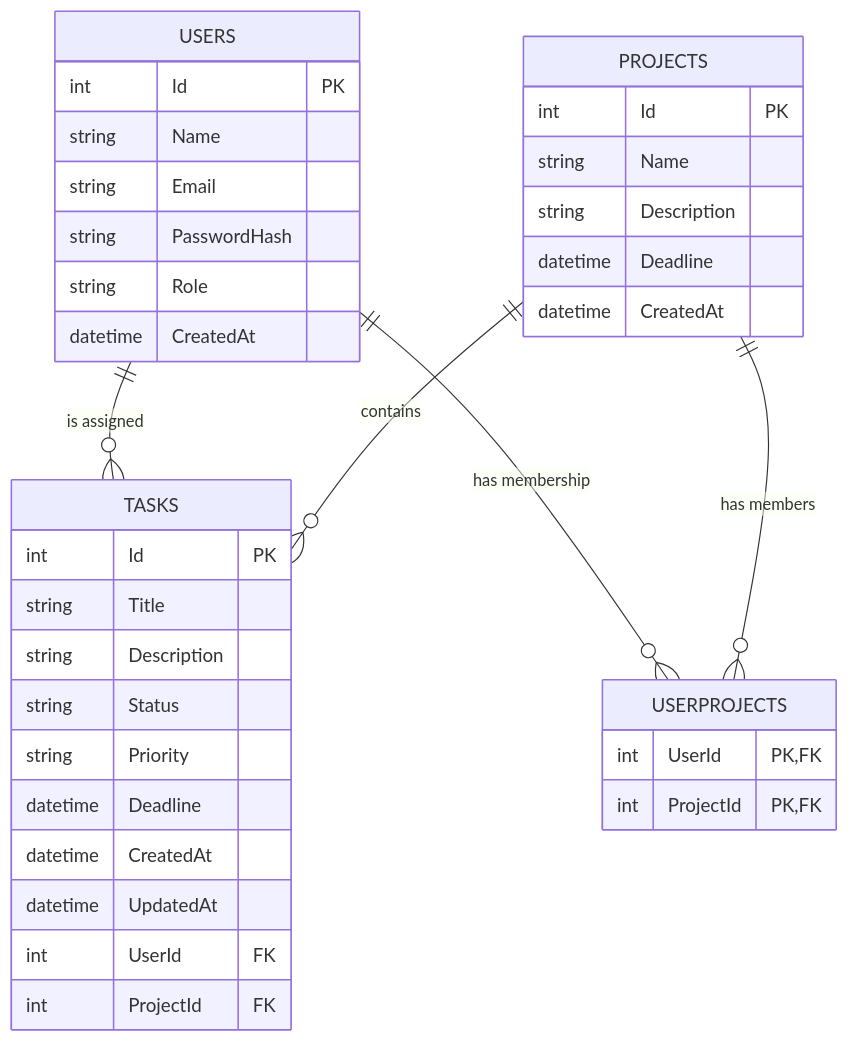
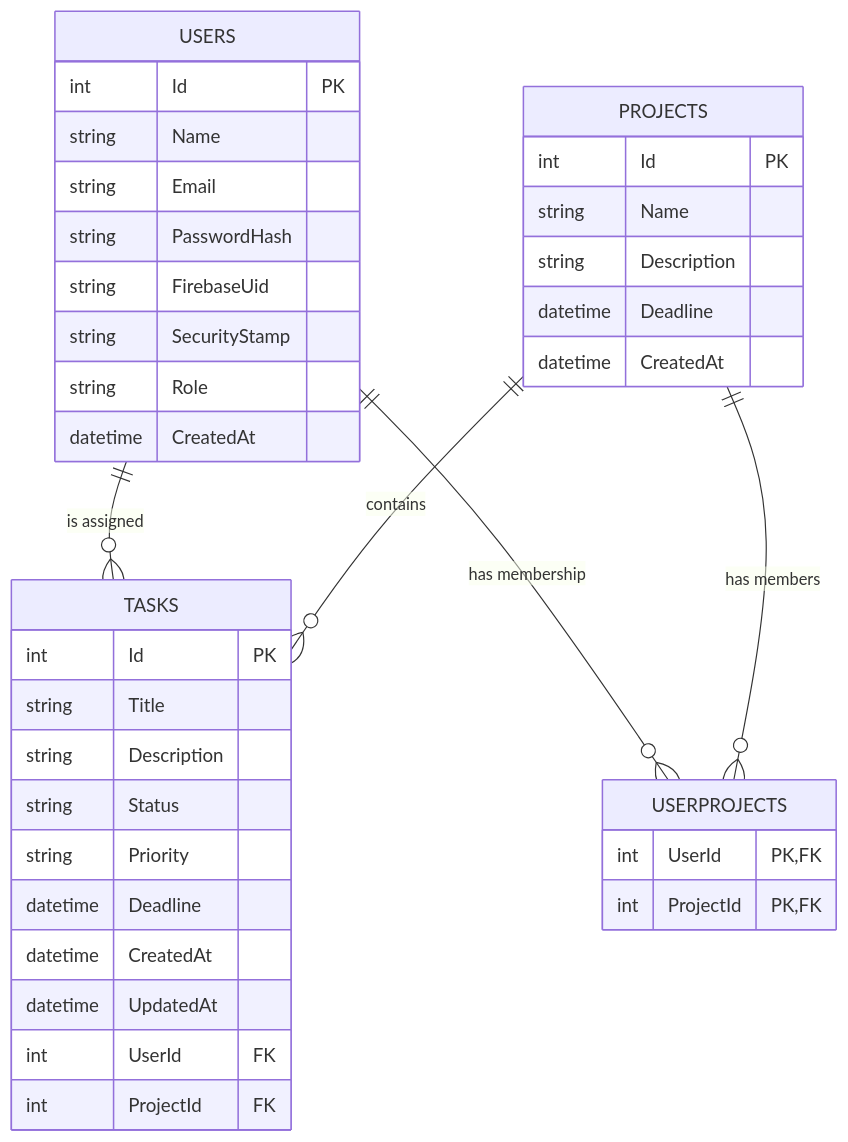
The diagram in Task api/readme.md (ArnavBansal01/Employee-tasks), drawn with Mermaid before and after one commit. The commit also changed other lines of this file and 14 other files, not shown here.

````diff
--- a/Task api/readme.md
+++ b/Task api/readme.md
@@ -870,42 +906,44 @@
 ```mermaid
 erDiagram
     USERS {
         int Id PK
         string Name
         string Email
         string PasswordHash
+        string FirebaseUid
+        string SecurityStamp
         string Role
         datetime CreatedAt
     }
 
     PROJECTS {
         int Id PK
         string Name
         string Description
         datetime Deadline
         datetime CreatedAt
     }
 
     TASKS {
         int Id PK
         string Title
         string Description
         string Status
         string Priority
         datetime Deadline
         datetime CreatedAt
         datetime UpdatedAt
         int UserId FK
         int ProjectId FK
     }
 
     USERPROJECTS {
         int UserId PK, FK
         int ProjectId PK, FK
     }
 
     USERS ||--o{ TASKS : "is assigned"
     PROJECTS ||--o{ TASKS : "contains"
     USERS ||--o{ USERPROJECTS : "has membership"
     PROJECTS ||--o{ USERPROJECTS : "has members"
 ```
````
